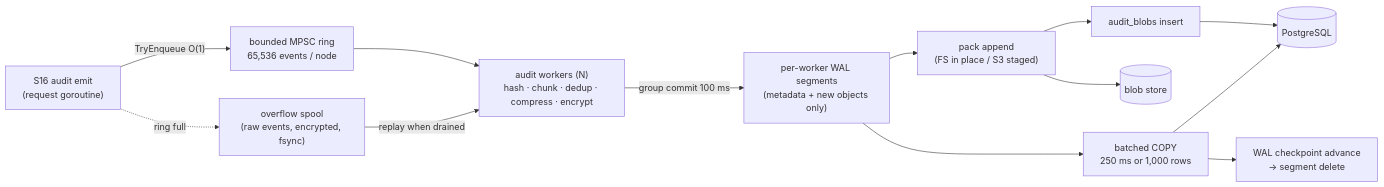
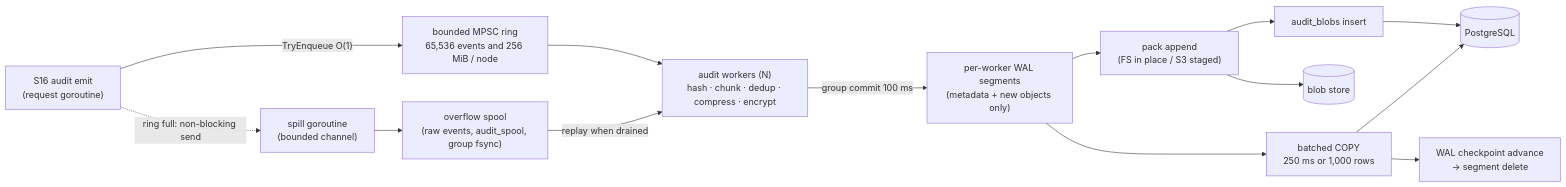
One commit to Web3Abbas/Shamel changed the first of 7 diagrams in docs/design/05-operations.md. Above: the diagram before and after it, drawn with Mermaid. The commit also changed other lines of this file and 4 other files, not shown here.

````diff
--- a/docs/design/05-operations.md
+++ b/docs/design/05-operations.md
@@ -281,15 +319,16 @@
 ```mermaid
 flowchart LR
-  s16["S16 audit emit<br/>(request goroutine)"] -->|"TryEnqueue O(1)"| ring["bounded MPSC ring<br/>65,536 events / node"]
-  s16 -.->|"ring full"| spool["overflow spool<br/>(raw events, encrypted, fsync)"]
+  s16["S16 audit emit<br/>(request goroutine)"] -->|"TryEnqueue O(1)"| ring["bounded MPSC ring<br/>65,536 events and 256 MiB / node"]
+  s16 -.->|"ring full: non-blocking send"| sp["spill goroutine<br/>(bounded channel)"]
+  sp --> spool["overflow spool<br/>(raw events, audit_spool, group fsync)"]
   ring --> w["audit workers (N)<br/>hash · chunk · dedup · compress · encrypt"]
   spool -->|"replay when drained"| w
   w -->|"group commit 100 ms"| wal["per-worker WAL segments<br/>(metadata + new objects only)"]
   wal --> pk["pack append<br/>(FS in place / S3 staged)"]
   wal --> cp["batched COPY<br/>250 ms or 1,000 rows"]
   pk --> blob[("blob store")]
   pk --> idx["audit_blobs insert"]
   idx --> pg[("PostgreSQL")]
   cp --> pg
   cp --> ck["WAL checkpoint advance<br/>→ segment delete"]
 ```
````
